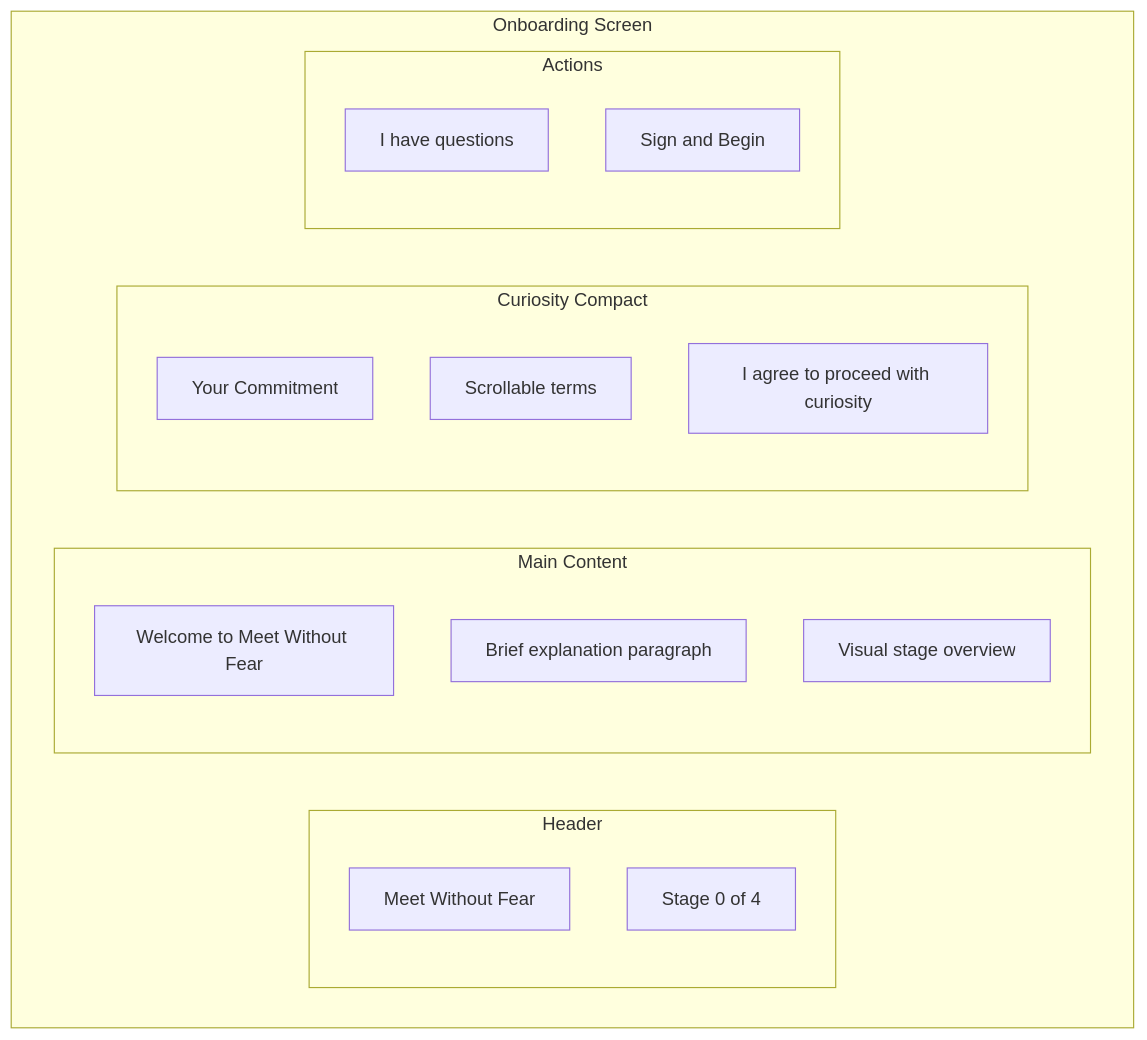
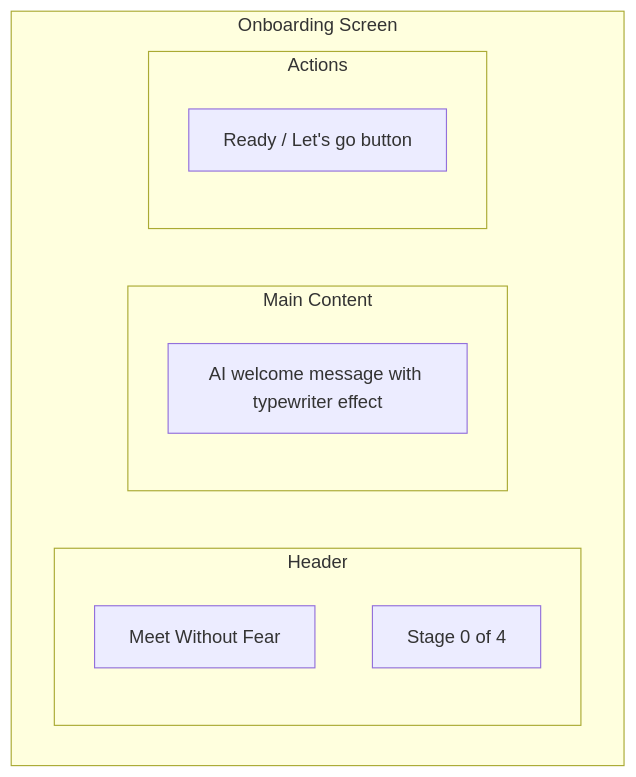
Before and after one commit to shantamg/meet-without-fear: the second of 2 diagrams in docs/product/stages/stage-0-onboarding.md, drawn with Mermaid. The commit also changed other lines of this file and 10 other files, not shown here.

First line of the commit message:
feat: replace Curiosity Compact with brief warm opening framing (#164)

````diff
--- a/docs/product/stages/stage-0-onboarding.md
+++ b/docs/product/stages/stage-0-onboarding.md
@@ -84,26 +51,17 @@
 ```mermaid
 flowchart TB
     subgraph Screen[Onboarding Screen]
         subgraph Header[Header]
             Logo[Meet Without Fear]
             Stage[Stage 0 of 4]
         end
 
         subgraph Content[Main Content]
-            Title[Welcome to Meet Without Fear]
-            Intro[Brief explanation paragraph]
-            Steps[Visual stage overview]
-        end
-
-        subgraph CompactSection[Curiosity Compact]
-            CompactTitle[Your Commitment]
-            Terms[Scrollable terms]
-            Checkbox[I agree to proceed with curiosity]
+            Message[AI welcome message with typewriter effect]
         end
 
         subgraph Actions[Actions]
-            Questions[I have questions]
-            Sign[Sign and Begin]
+            Ready[Ready / Let's go button]
         end
     end
 ```
````
